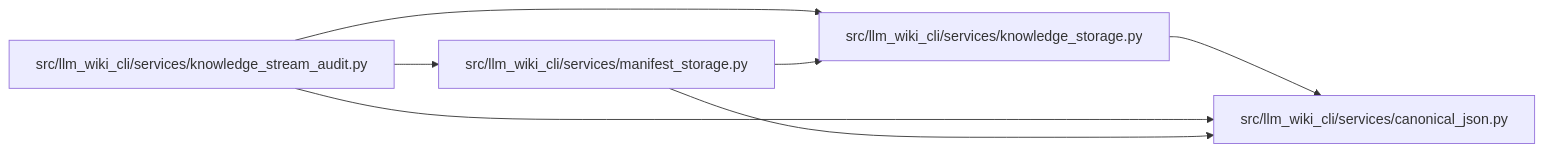
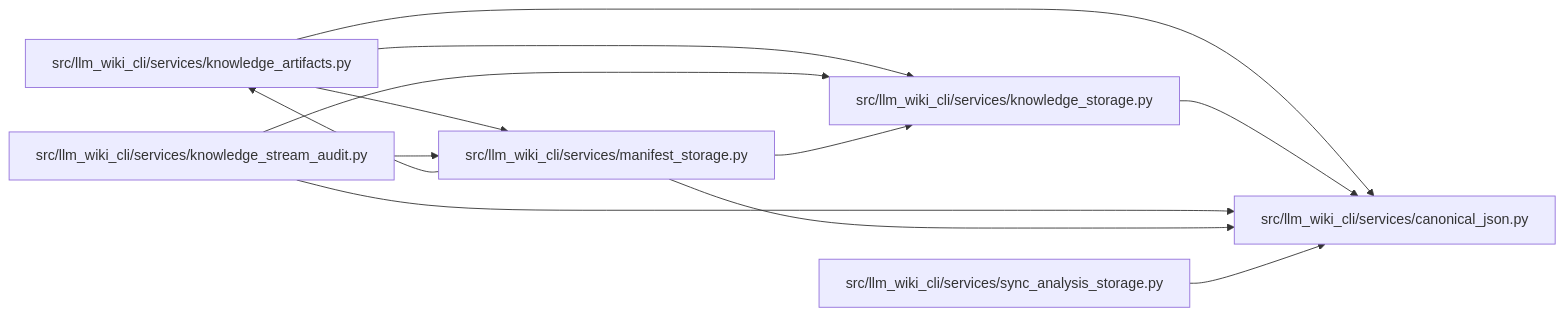
Before and after one commit to Denissvgn/python-wiki-llm: the diagram in docs/llm_wiki/modules/canonical_json.md, drawn with Mermaid. The commit also changed other lines of this file and 627 other files, not shown here.

Commit message:
docs: refresh release wiki for sync and recovery fixes

````diff
--- a/docs/llm_wiki/modules/canonical_json.md
+++ b/docs/llm_wiki/modules/canonical_json.md
@@ -24,17 +24,26 @@
 ```mermaid
 flowchart LR
     n0["src/llm_wiki_cli/services/canonical_json.py"]
-    n1["src/llm_wiki_cli/services/knowledge_storage.py"]
-    n2["src/llm_wiki_cli/services/knowledge_stream_audit.py"]
-    n3["src/llm_wiki_cli/services/manifest_storage.py"]
+    n1["src/llm_wiki_cli/services/knowledge_artifacts.py"]
+    n2["src/llm_wiki_cli/services/knowledge_storage.py"]
+    n3["src/llm_wiki_cli/services/knowledge_stream_audit.py"]
+    n4["src/llm_wiki_cli/services/manifest_storage.py"]
+    n5["src/llm_wiki_cli/services/sync_analysis_storage.py"]
     n1 --> n0
+    n1 --> n2
+    n1 --> n4
     n2 --> n0
-    n2 --> n1
-    n2 --> n3
     n3 --> n0
-    n3 --> n1
+    n3 --> n2
+    n3 --> n4
+    n4 --> n0
+    n4 --> n1
+    n4 --> n2
+    n5 --> n0
     click n0 "../modules/canonical_json.md"
-    click n1 "../modules/knowledge_storage.md"
-    click n2 "../modules/knowledge_stream_audit.md"
-    click n3 "../modules/manifest_storage.md"
+    click n1 "../modules/knowledge_artifacts.md"
+    click n2 "../modules/knowledge_storage.md"
+    click n3 "../modules/knowledge_stream_audit.md"
+    click n4 "../modules/manifest_storage.md"
+    click n5 "../modules/sync_analysis_storage.md"
 ```
````
